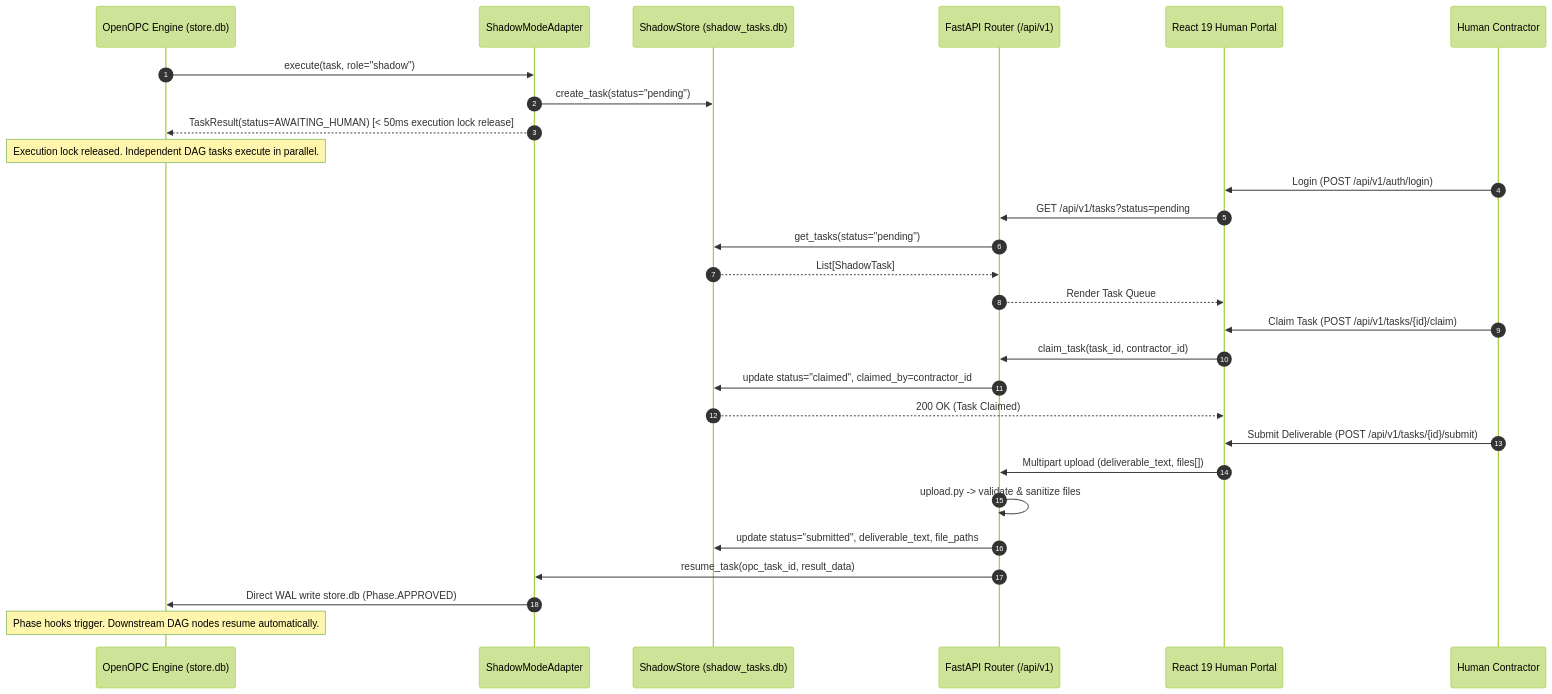
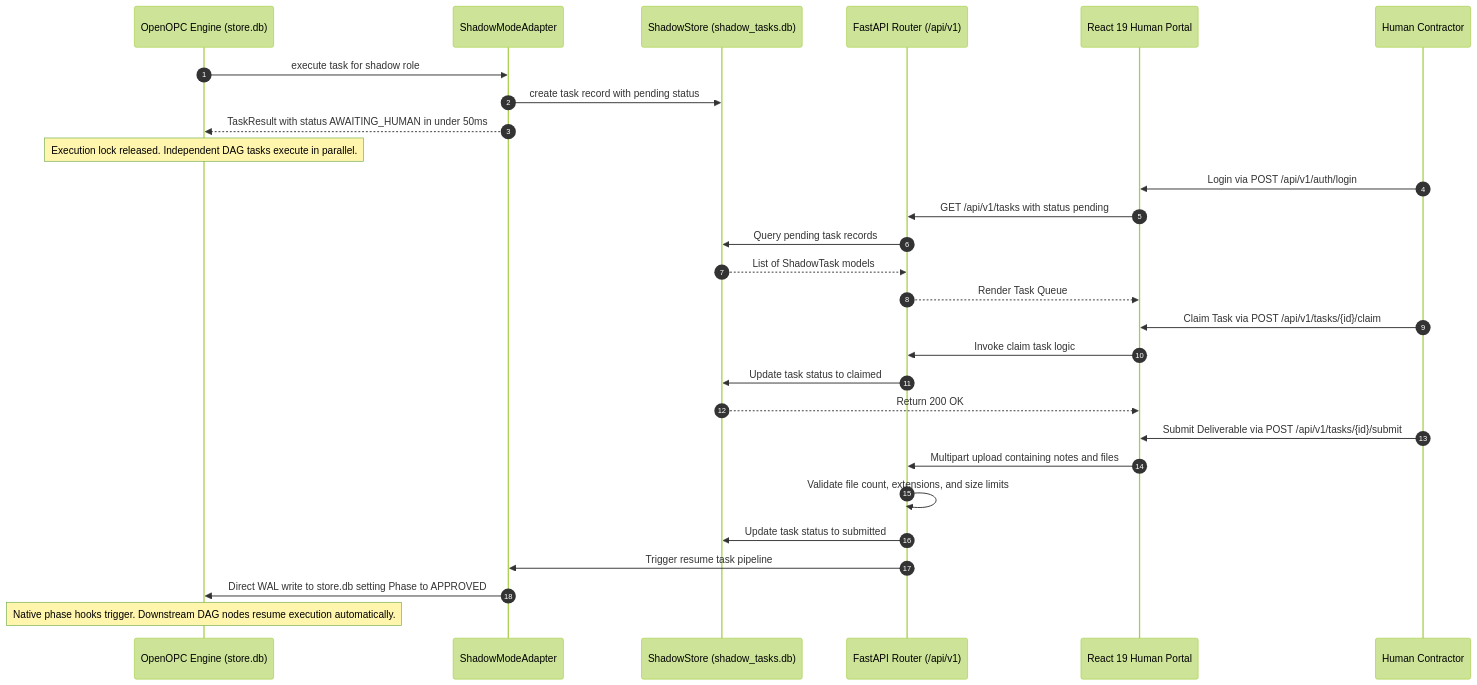
One commit to AhmadHassan-BTed/OpenOPC-Shadow-Adapter changed the fourth of 6 diagrams in README.md. Above: the diagram before and after it, drawn with Mermaid (forest theme). The commit also changed other lines of this file, not shown here.

Commit message:
docs(readme): fix Mermaid parse error and elevate top hook using PAS marketing framework

````diff
--- a/README.md
+++ b/README.md
@@ -261,36 +258,36 @@
 ```mermaid
 sequenceDiagram
     autonumber
     participant Engine as OpenOPC Engine (store.db)
     participant Adapter as ShadowModeAdapter
     participant Store as ShadowStore (shadow_tasks.db)
     participant API as FastAPI Router (/api/v1)
     participant Portal as React 19 Human Portal
     participant Contractor as Human Contractor
 
-    Engine->>Adapter: execute(task, role="shadow")
-    Adapter->>Store: create_task(status="pending")
-    Adapter-->>Engine: TaskResult(status=AWAITING_HUMAN) [< 50ms execution lock release]
+    Engine->>Adapter: execute task for shadow role
+    Adapter->>Store: create task record with pending status
+    Adapter-->>Engine: TaskResult with status AWAITING_HUMAN in under 50ms
 
     Note over Engine: Execution lock released. Independent DAG tasks execute in parallel.
 
-    Contractor->>Portal: Login (POST /api/v1/auth/login)
-    Portal->>API: GET /api/v1/tasks?status=pending
-    API->>Store: get_tasks(status="pending")
-    Store-->>API: List[ShadowTask]
+    Contractor->>Portal: Login via POST /api/v1/auth/login
+    Portal->>API: GET /api/v1/tasks with status pending
+    API->>Store: Query pending task records
+    Store-->>API: List of ShadowTask models
     API-->>Portal: Render Task Queue
 
-    Contractor->>Portal: Claim Task (POST /api/v1/tasks/{id}/claim)
-    Portal->>API: claim_task(task_id, contractor_id)
-    API->>Store: update status="claimed", claimed_by=contractor_id
-    Store-->>Portal: 200 OK (Task Claimed)
+    Contractor->>Portal: Claim Task via POST /api/v1/tasks/{id}/claim
+    Portal->>API: Invoke claim task logic
+    API->>Store: Update task status to claimed
+    Store-->>Portal: Return 200 OK
 
-    Contractor->>Portal: Submit Deliverable (POST /api/v1/tasks/{id}/submit)
-    Portal->>API: Multipart upload (deliverable_text, files[])
-    API->>API: upload.py -> validate & sanitize files
-    API->>Store: update status="submitted", deliverable_text, file_paths
-    API->>Adapter: resume_task(opc_task_id, result_data)
-    Adapter->>Engine: Direct WAL write store.db (Phase.APPROVED)
+    Contractor->>Portal: Submit Deliverable via POST /api/v1/tasks/{id}/submit
+    Portal->>API: Multipart upload containing notes and files
+    API->>API: Validate file count, extensions, and size limits
+    API->>Store: Update task status to submitted
+    API->>Adapter: Trigger resume task pipeline
+    Adapter->>Engine: Direct WAL write to store.db setting Phase to APPROVED
 
-    Note over Engine: Phase hooks trigger. Downstream DAG nodes resume automatically.
+    Note over Engine: Native phase hooks trigger. Downstream DAG nodes resume execution automatically.
 ```
````
